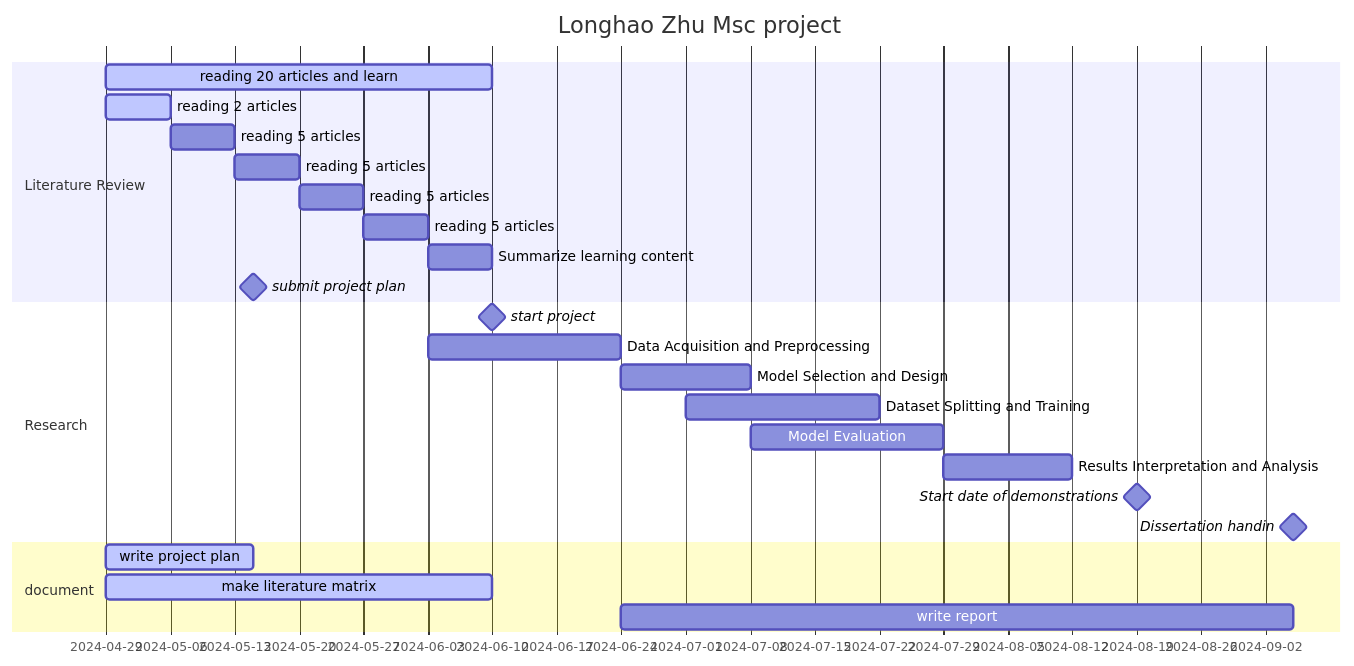
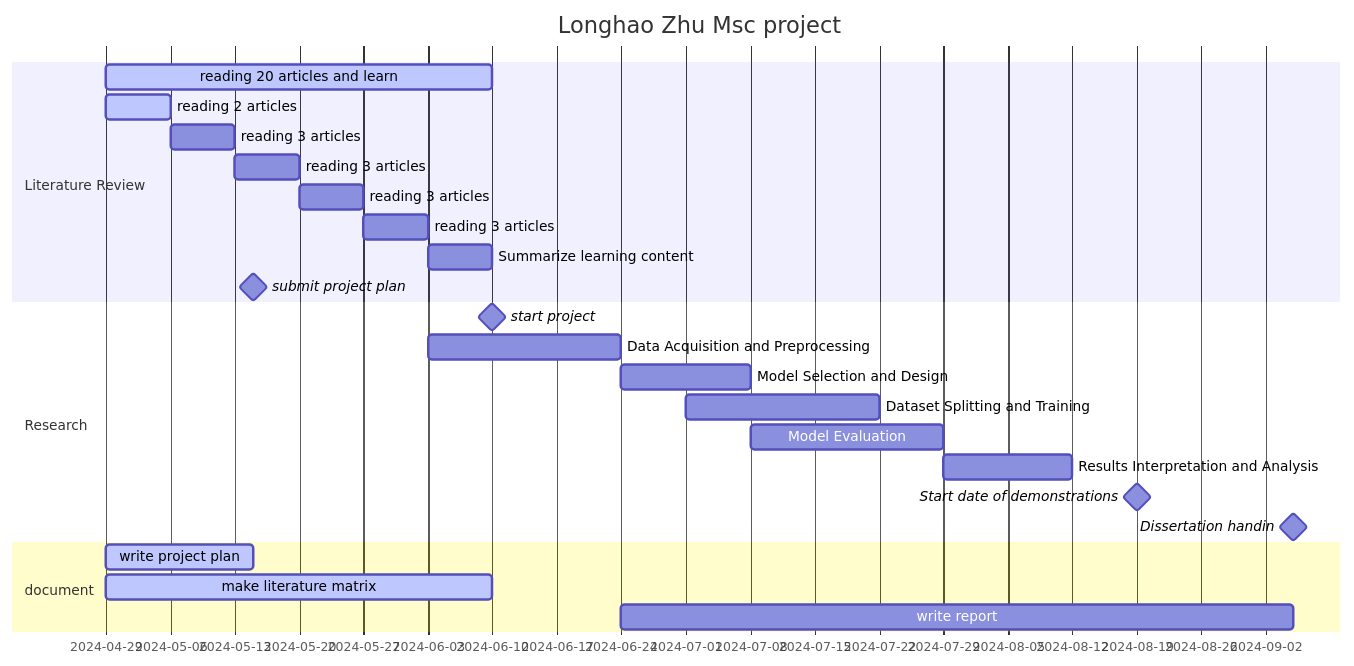
The diagram in document/plan/ganttchart.md (zlhbest/Msc_project), drawn with Mermaid before and after one commit. The commit also changed 4 other files, not shown here.

````diff
--- a/document/plan/ganttchart.md
+++ b/document/plan/ganttchart.md
@@ -27,35 +27,35 @@
 ```Mermaid
 gantt
     dateFormat  YYYY-MM-DD
     title       Longhao Zhu Msc project
     tickInterval 1week
     weekday monday
 
 
     %%  until 10th june, i need to read 20 articles at least
     section Literature Review
     reading 20 articles and learn        :active,pre_task1, 2024-04-29,2024-06-10
     reading 2 articles          : active,read1, 2024-04-29,1w
-    reading 5 articles          : read2, 2024-05-06,1w
-    reading 5 articles          : read3,2024-05-13,1w
-    reading 5 articles          : read3,2024-05-20,1w
-    reading 5 articles          : read3,2024-05-27,1w
+    reading 3 articles          : read2, 2024-05-06,1w
+    reading 3 articles          : read3,2024-05-13,1w
+    reading 3 articles          : read3,2024-05-20,1w
+    reading 3 articles          : read3,2024-05-27,1w
     Summarize learning content  : sum,2024-06-03,1w
     submit project plan         : milestone, m1, 2024-05-15,
 
 
     section Research
     start project         : milestone, m2, 2024-06-10,
     Data Acquisition and Preprocessing  : task1,2024-06-03,3w
     Model Selection and Design          : task2, after task1,2w
     Dataset Splitting and Training      : task3, 2024-07-01,3w
     Model Evaluation                    : task4, 2024-07-08,3w
     Results Interpretation and Analysis : task5, after task4,2w
     Start date of demonstrations        : milestone,m3,2024-08-19,
     Dissertation handin                 : milestone,m4,2024-09-05,
 
     section document
     write project plan : active, plan,2024-04-29,until m1
     make literature matrix: active,pre_task1, 2024-04-29,2024-06-10
     write report : report_task, 2024-06-24,2024-09-05
 ```
````
